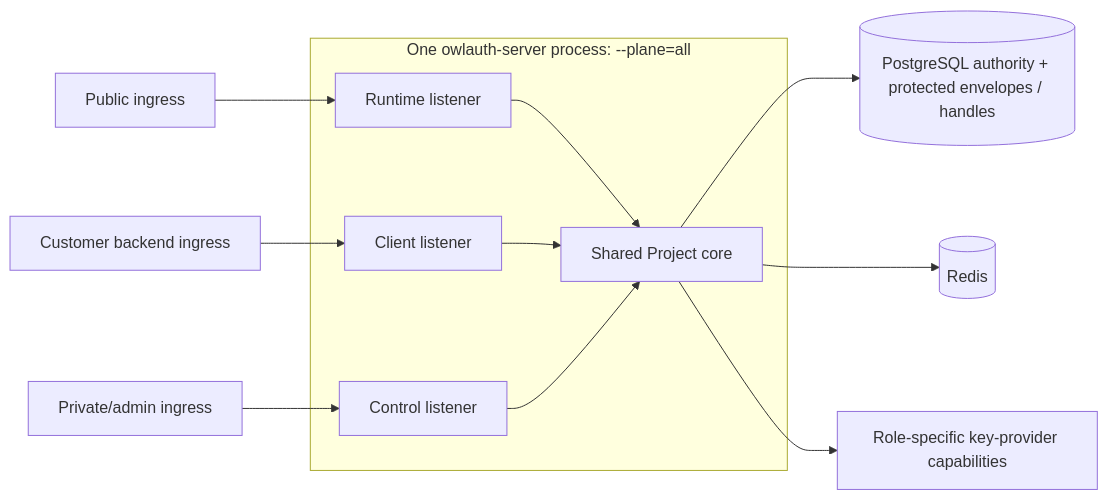
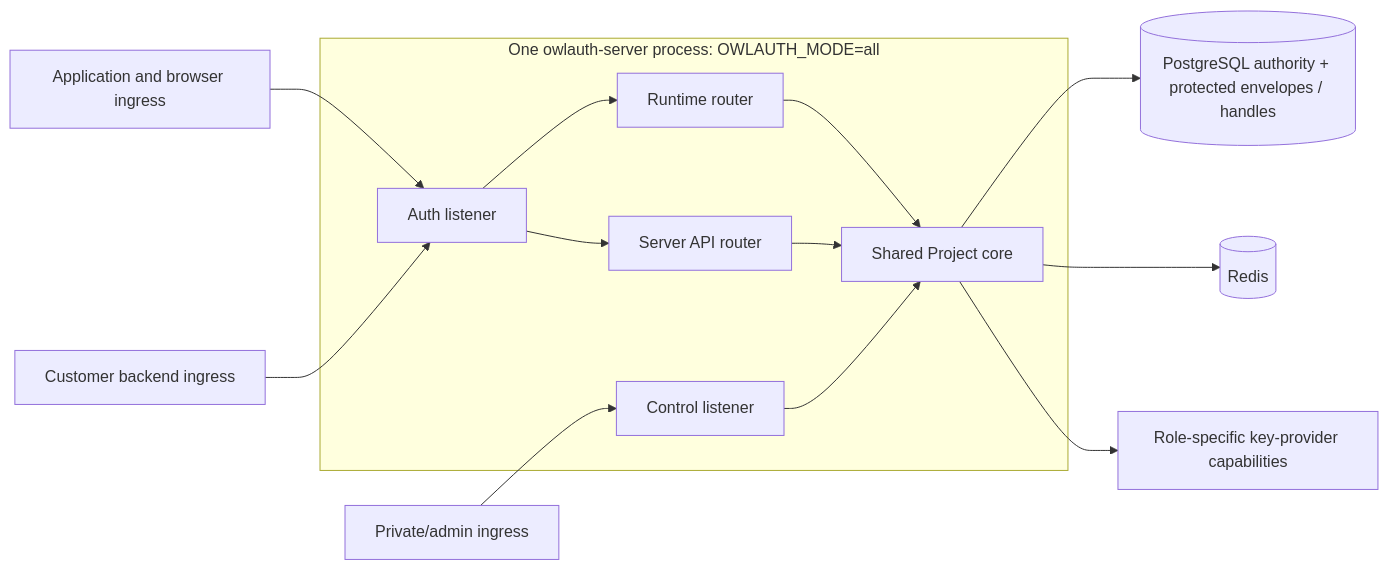
Before and after one commit to owlfoundry/owlauth: the second of 3 diagrams in spec/08-consistency-resilience-and-plane-separation.md, drawn with Mermaid. The commit also changed other lines of this file and 182 other files, not shown here.

First line of the commit message:
feat(server+cli)!: replace client API with project server API

````diff
--- a/spec/08-consistency-resilience-and-plane-separation.md
+++ b/spec/08-consistency-resilience-and-plane-separation.md
@@ -119,14 +118,16 @@
 ```mermaid
 flowchart LR
-    Public[Public ingress] --> RL[Runtime listener]
-    Backend[Customer backend ingress] --> BL[Client listener]
+    Public[Application and browser ingress] --> AL[Auth listener]
+    Backend[Customer backend ingress] --> AL
     Private[Private/admin ingress] --> CL[Control listener]
-    subgraph Process[One owlauth-server process: --plane=all]
-        RL --> Core[Shared Project core]
-        BL --> Core
+    subgraph Process[One owlauth-server process: OWLAUTH_MODE=all]
+        AL --> RR[Runtime router]
+        AL --> SR[Server API router]
+        RR --> Core[Shared Project core]
+        SR --> Core
         CL --> Core
     end
     Core --> PG[(PostgreSQL authority + protected envelopes / handles)]
     Core --> Redis[(Redis)]
     Core --> KeyProvider[Role-specific key-provider capabilities]
 ```
````
